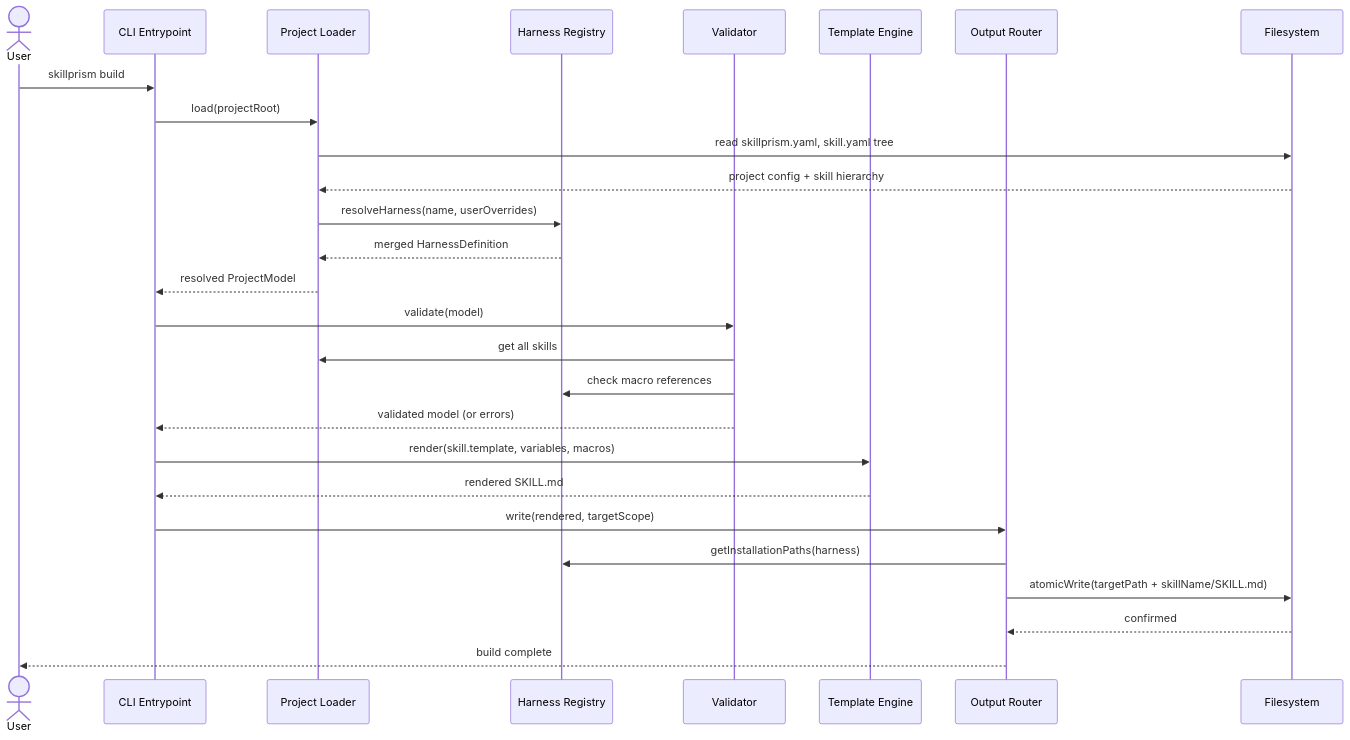
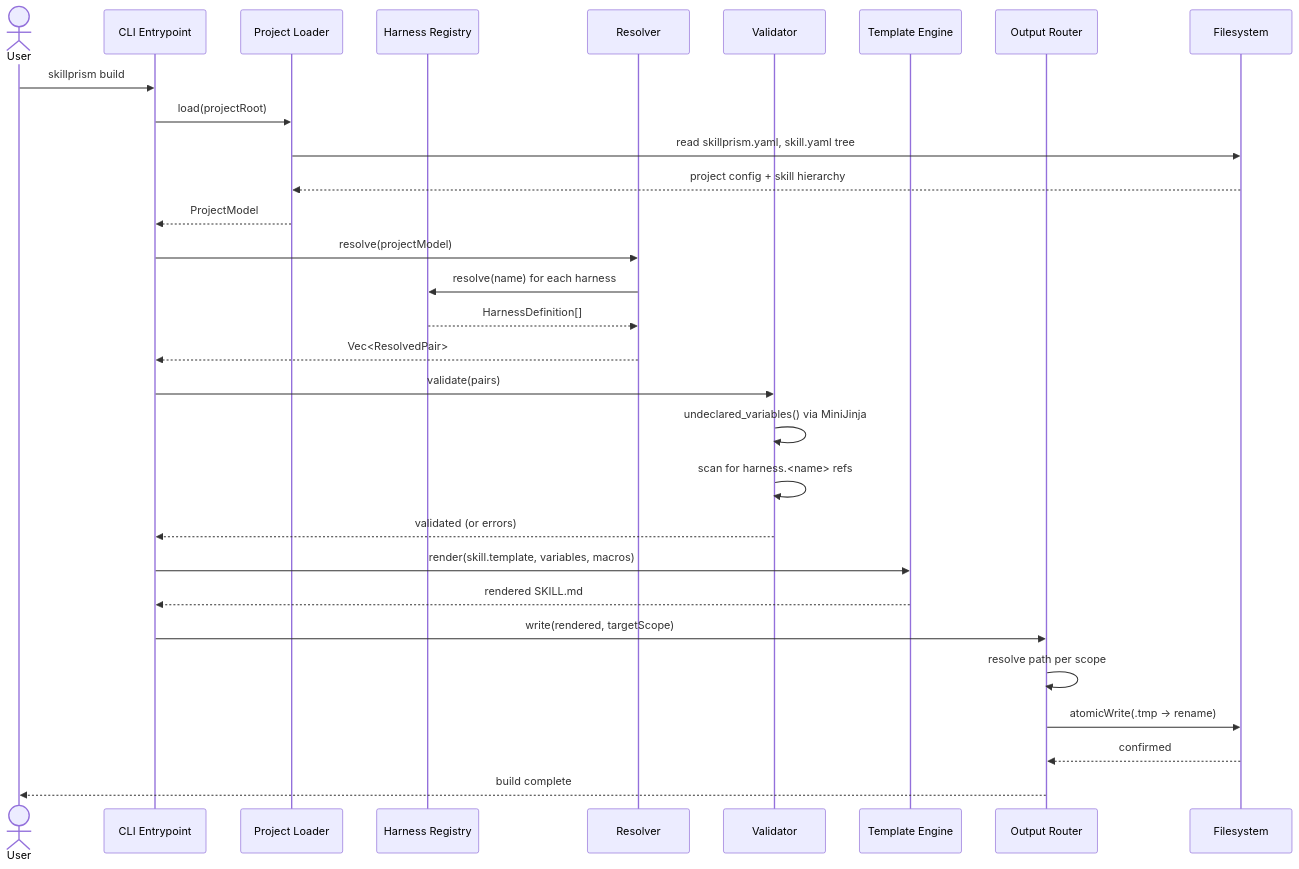
Before and after one commit to Tuvren/skillprism: the diagram in .constitution/architecture/flows/flow-compile-template.md, drawn with Mermaid. The commit also changed other lines of this file and 40 other files, not shown here.

First line of the commit message:
Epic B: Pipeline — Resolver, Validator, Template Engine, Output Router (#2)

````diff
--- a/.constitution/architecture/flows/flow-compile-template.md
+++ b/.constitution/architecture/flows/flow-compile-template.md
@@ -9,33 +9,37 @@
 ```mermaid
 sequenceDiagram
   actor User
   participant CLI as CLI Entrypoint
   participant Loader as Project Loader
   participant Registry as Harness Registry
+  participant Resolver as Resolver
   participant Valid8 as Validator
   participant Engine as Template Engine
   participant Router as Output Router
   participant FS as Filesystem
 
   User->>CLI: skillprism build
   CLI->>Loader: load(projectRoot)
   Loader->>FS: read skillprism.yaml, skill.yaml tree
   FS-->>Loader: project config + skill hierarchy
-  Loader->>Registry: resolveHarness(name, userOverrides)
-  Registry-->>Loader: merged HarnessDefinition
-  Loader-->>CLI: resolved ProjectModel
+  Loader-->>CLI: ProjectModel
 
-  CLI->>Valid8: validate(model)
-  Valid8->>Loader: get all skills
-  Valid8->>Registry: check macro references
-  Valid8-->>CLI: validated model (or errors)
+  CLI->>Resolver: resolve(projectModel)
+  Resolver->>Registry: resolve(name) for each harness
+  Registry-->>Resolver: HarnessDefinition[]
+  Resolver-->>CLI: Vec<ResolvedPair>
+
+  CLI->>Valid8: validate(pairs)
+  Valid8->>Valid8: undeclared_variables() via MiniJinja
+  Valid8->>Valid8: scan for harness.<name> refs
+  Valid8-->>CLI: validated (or errors)
 
   CLI->>Engine: render(skill.template, variables, macros)
   Engine-->>CLI: rendered SKILL.md
 
   CLI->>Router: write(rendered, targetScope)
-  Router->>Registry: getInstallationPaths(harness)
-  Router->>FS: atomicWrite(targetPath + skillName/SKILL.md)
+  Router->>Router: resolve path per scope
+  Router->>FS: atomicWrite(.tmp → rename)
   FS-->>Router: confirmed
   Router-->>User: build complete
 ```
````
